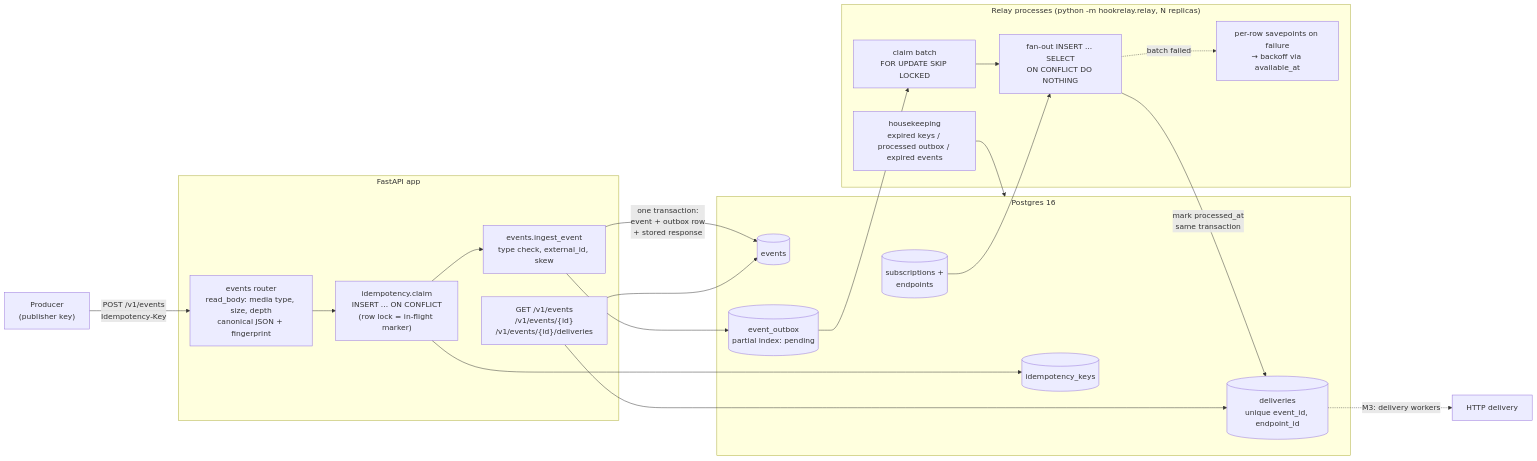
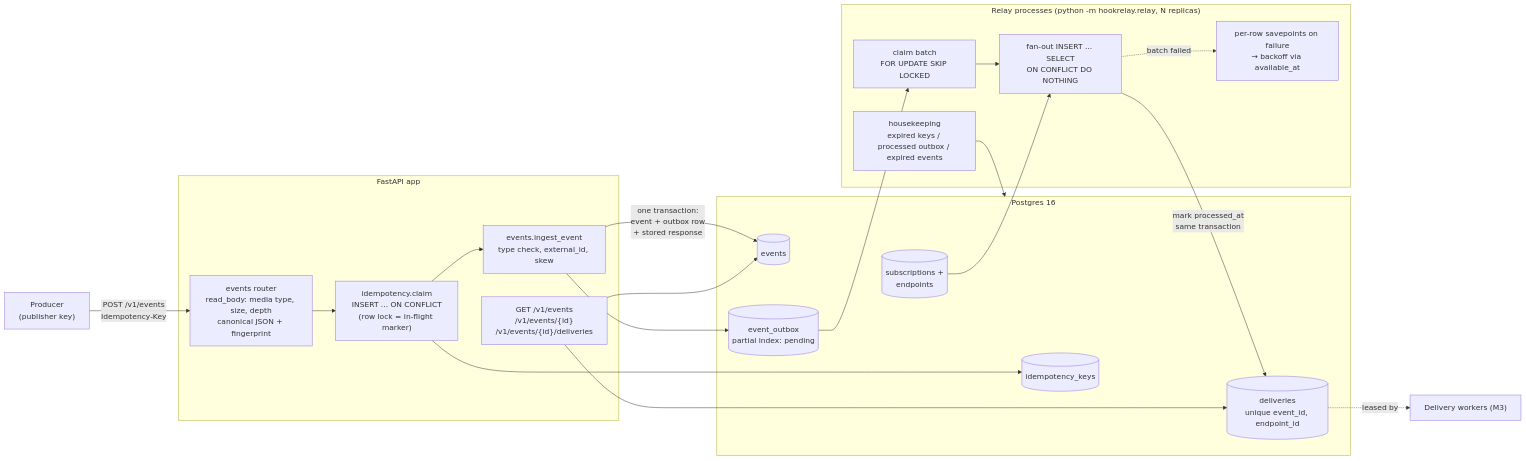
One commit to smraddhi18/hookrelay changed the third of 4 diagrams in README.md. Above: the diagram before and after it, drawn with Mermaid. The commit also changed other lines of this file and 1 other file, not shown here.

Commit message:
M3: README and roadmap: Milestone 3 complete

````diff
--- a/README.md
+++ b/README.md
@@ -163,41 +171,41 @@
 ```mermaid
 flowchart LR
     PUB["Producer<br/>(publisher key)"] -->|"POST /v1/events<br/>Idempotency-Key"| ING
 
     subgraph API["FastAPI app"]
         ING["events router<br/>read_body: media type, size, depth<br/>canonical JSON + fingerprint"]
         IDS["idempotency.claim<br/>INSERT ... ON CONFLICT<br/>(row lock = in-flight marker)"]
         EVS["events.ingest_event<br/>type check, external_id, skew"]
         READ["GET /v1/events<br/>/v1/events/{id}<br/>/v1/events/{id}/deliveries"]
         ING --> IDS --> EVS
     end
 
     subgraph PG["Postgres 16"]
         IK[(idempotency_keys)]
         EV[(events)]
         OB[(event_outbox<br/>partial index: pending)]
         DL[(deliveries<br/>unique event_id, endpoint_id)]
         SUB[(subscriptions +<br/>endpoints)]
     end
 
     IDS --> IK
     EVS -->|"one transaction:<br/>event + outbox row<br/>+ stored response"| EV
     EVS --> OB
     READ --> EV
     READ --> DL
 
     subgraph Relay["Relay processes (python -m hookrelay.relay, N replicas)"]
         CL["claim batch<br/>FOR UPDATE SKIP LOCKED"]
         FO["fan-out INSERT ... SELECT<br/>ON CONFLICT DO NOTHING"]
         PZ["per-row savepoints on failure<br/>→ backoff via available_at"]
         HK["housekeeping<br/>expired keys / processed outbox / expired events"]
         CL --> FO
         FO -. batch failed .-> PZ
     end
 
     OB --> CL
     SUB --> FO
     FO -->|"mark processed_at<br/>same transaction"| DL
     HK --> PG
-    DL -. "M3: delivery workers" .-> W["HTTP delivery"]
+    DL -. "leased by" .-> W["Delivery workers (M3)"]
 ```
````
